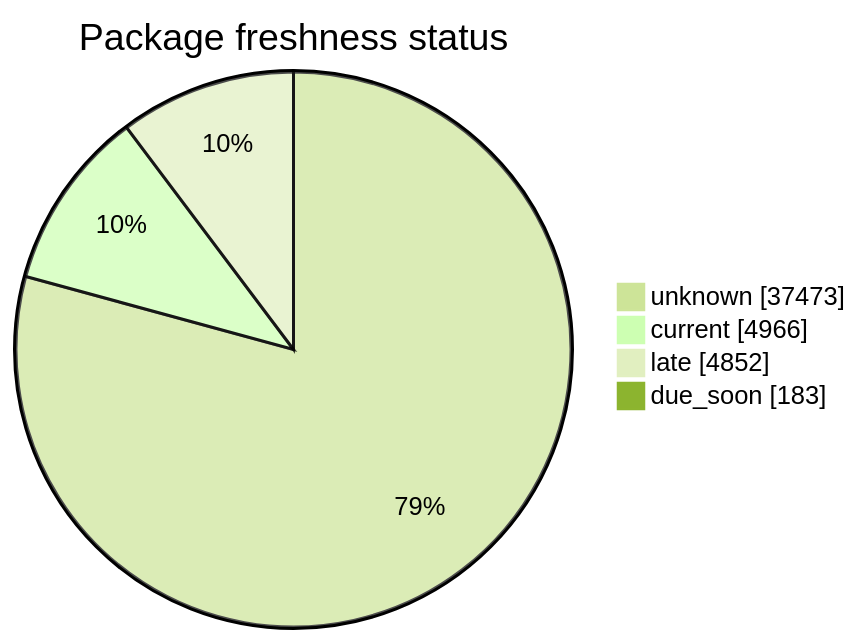
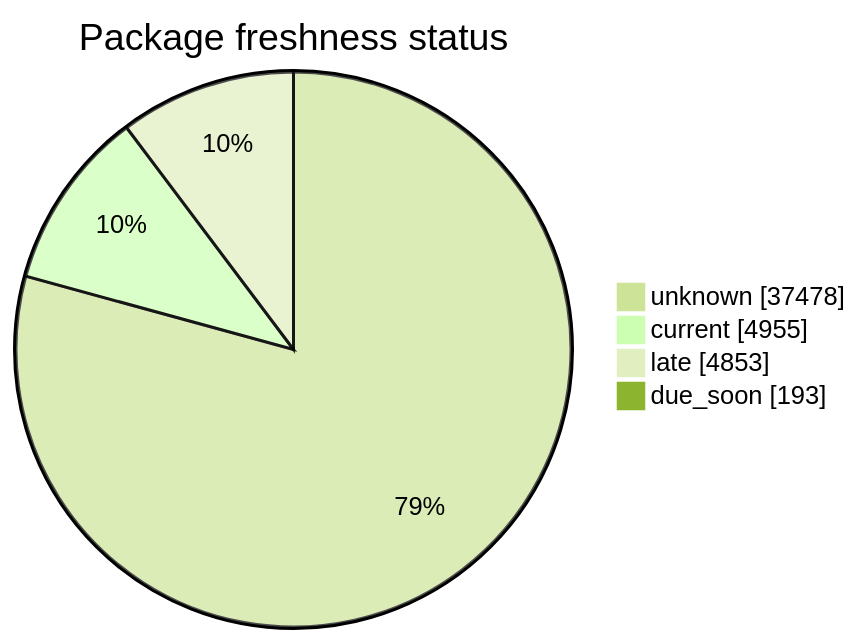
Before and after one commit to open-data/analytics-corporate-reporting: the second of 5 diagrams in FreshCheck/README.md, drawn with Mermaid (forest theme). The commit also changed other lines of this file and 3 other files, not shown here.

````diff
--- a/FreshCheck/README.md
+++ b/FreshCheck/README.md
@@ -69,7 +69,7 @@
 ```mermaid
 pie showData title Package freshness status
-    "unknown": 37473
-    "current": 4966
-    "late": 4852
-    "due_soon": 183
+    "unknown": 37478
+    "current": 4955
+    "late": 4853
+    "due_soon": 193
 ```
````
